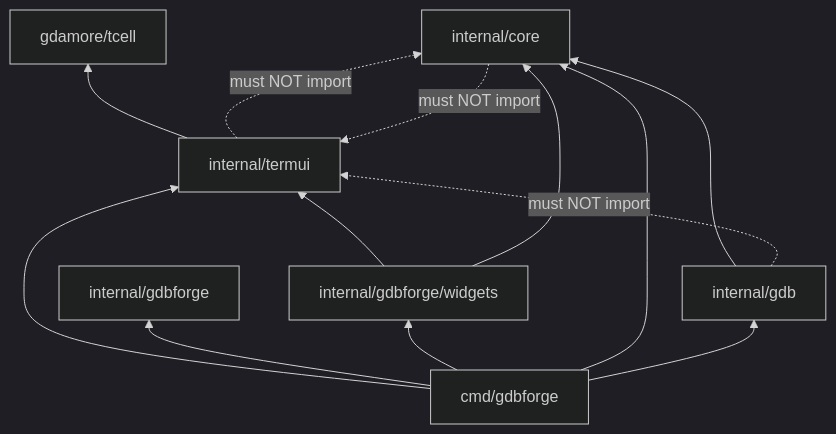
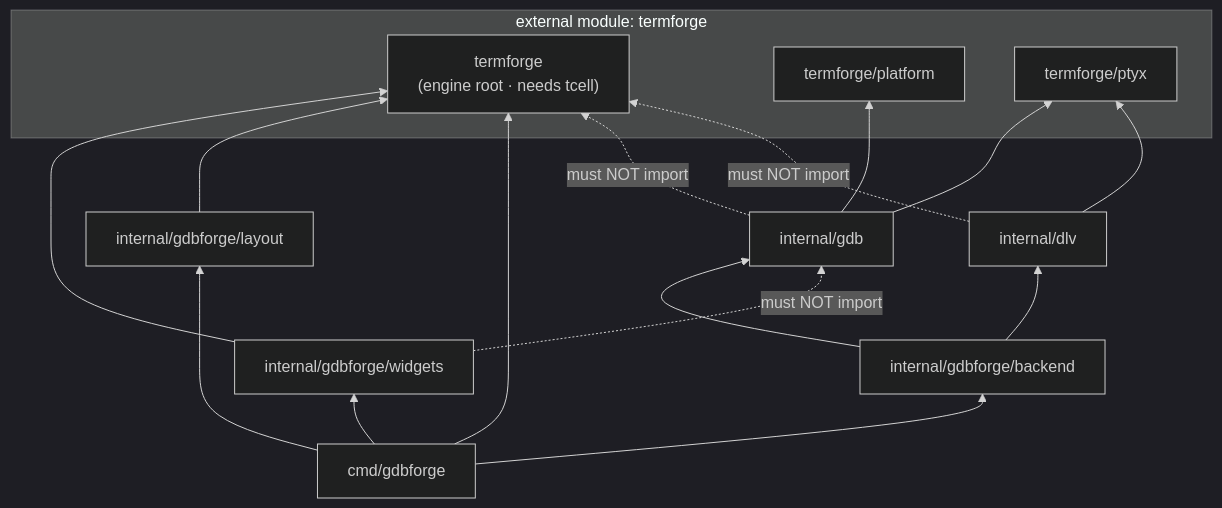
One commit to yairgd/gdbforge changed the diagram in docs/DIRECTORY_STRUCTURE.md. Above: the diagram before and after it, drawn with Mermaid (dark theme). The commit also changed other lines of this file and 267 other files, not shown here.

````diff
--- a/docs/DIRECTORY_STRUCTURE.md
+++ b/docs/DIRECTORY_STRUCTURE.md
@@ -398,25 +291,32 @@
 ```mermaid
 flowchart BT
-    tcell["gdamore/tcell"]
-    termui["internal/termui"]
-    gdbforge_pkg["internal/gdbforge"]
+    subgraph ext["external module: termforge"]
+        tf["termforge<br/>(engine root · needs tcell)"]
+        tfplatform["termforge/platform"]
+        tfptyx["termforge/ptyx"]
+    end
+
     widgets["internal/gdbforge/widgets"]
-    core["internal/core"]
+    layoutpkg["internal/gdbforge/layout"]
+    backend["internal/gdbforge/backend"]
     gdb["internal/gdb"]
-    gdbforge_cmd["cmd/gdbforge"]
+    dlv["internal/dlv"]
+    app["cmd/gdbforge"]
 
-    termui --> tcell
-    widgets --> termui
-    widgets --> core
-    gdb --> core
+    widgets --> tf
+    layoutpkg --> tf
+    gdb --> tfptyx
+    gdb --> tfplatform
+    dlv --> tfptyx
+    backend --> gdb
+    backend --> dlv
 
-    gdbforge_cmd --> termui
-    gdbforge_cmd --> gdbforge_pkg
-    gdbforge_cmd --> widgets
-    gdbforge_cmd --> core
-    gdbforge_cmd --> gdb
+    app --> tf
+    app --> widgets
+    app --> layoutpkg
+    app --> backend
 
-    gdb -.->|"must NOT import"| termui
-    core -.->|"must NOT import"| termui
-    termui -.->|"must NOT import"| core
+    gdb -.->|"must NOT import"| tf
+    dlv -.->|"must NOT import"| tf
+    widgets -.->|"must NOT import"| gdb
 ```
````
